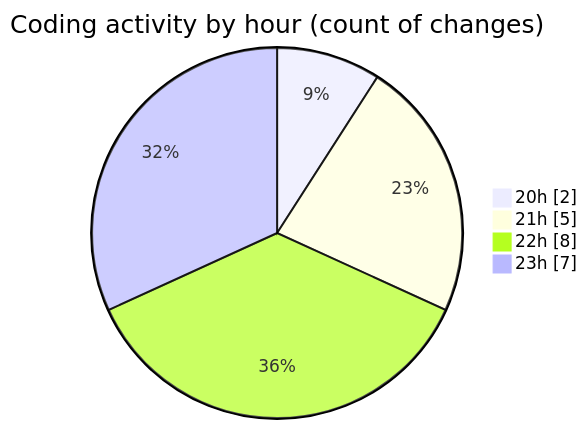
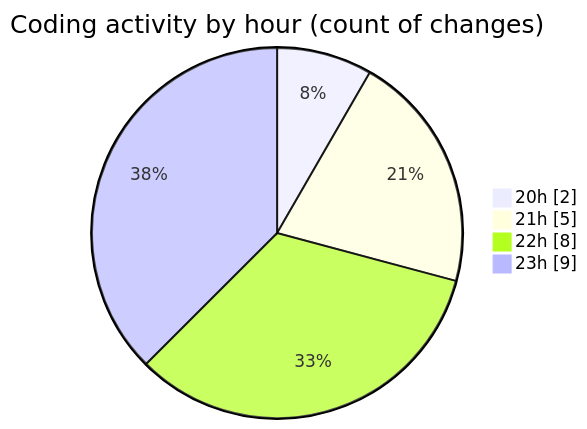
Before and after one commit to hasnaa123/code-tracking: the second of 2 diagrams in 2025-12-23/technologie_web/README.md, drawn with Mermaid. The commit also changed other lines of this file and 1 other file, not shown here.

````diff
--- a/2025-12-23/technologie_web/README.md
+++ b/2025-12-23/technologie_web/README.md
@@ -28,8 +28,8 @@
 ```mermaid
 pie showData
 title Coding activity by hour (count of changes)
 "20h" : 2
 "21h" : 5
 "22h" : 8
-"23h" : 7
+"23h" : 9
 ```
````
